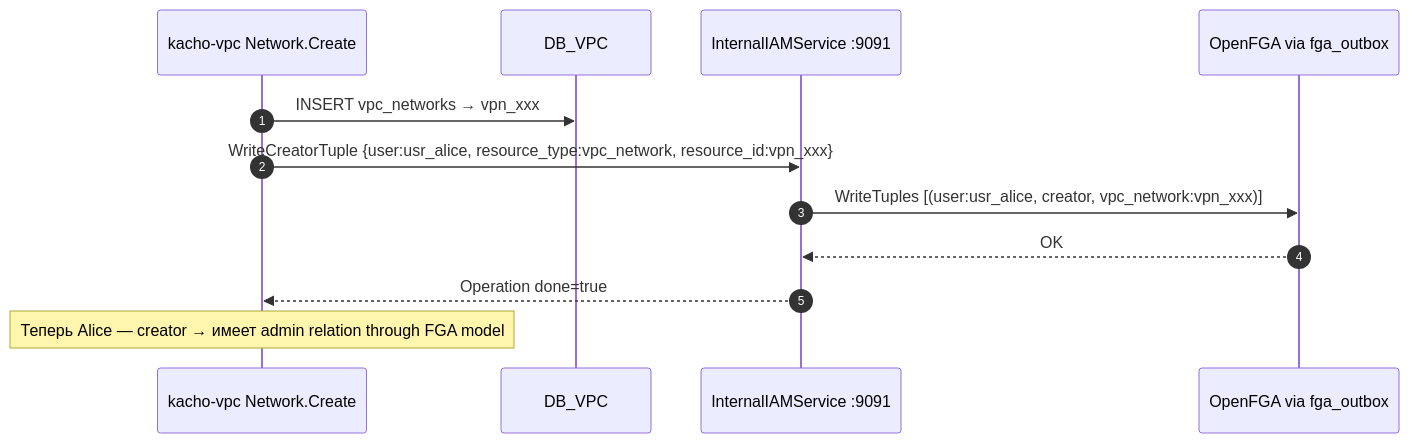
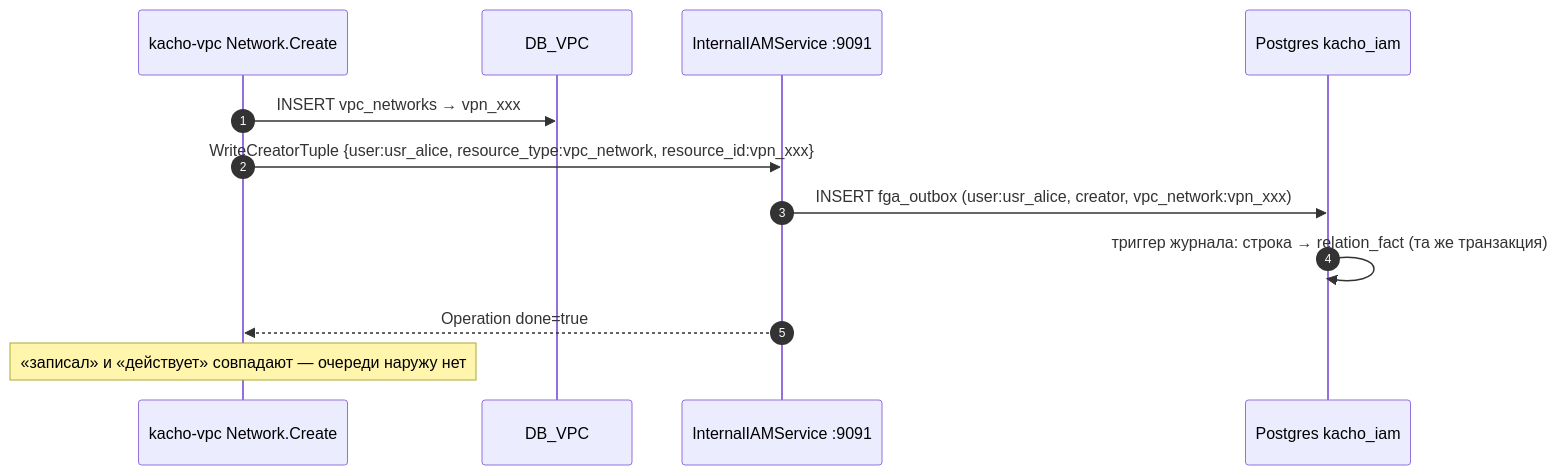
Before and after one commit to PRO-Robotech/kacho: the third of 3 diagrams in services/iam/docs/engineering/components/21-internal-iam.md, drawn with Mermaid. The commit also changed other lines of this file and 589 other files, not shown here.

````diff
--- a/services/iam/docs/engineering/components/21-internal-iam.md
+++ b/services/iam/docs/engineering/components/21-internal-iam.md
@@ -99,15 +99,15 @@
 ```mermaid
 sequenceDiagram
     autonumber
     participant VPC as kacho-vpc Network.Create
     participant DB_VPC
     participant IAM as InternalIAMService :9091
-    participant FGA as OpenFGA via fga_outbox
+    participant DB as Postgres kacho_iam
 
     VPC->>DB_VPC: INSERT vpc_networks → vpn_xxx
     VPC->>IAM: WriteCreatorTuple {user:usr_alice, resource_type:vpc_network, resource_id:vpn_xxx}
-    IAM->>FGA: WriteTuples [(user:usr_alice, creator, vpc_network:vpn_xxx)]
-    FGA-->>IAM: OK
+    IAM->>DB: INSERT fga_outbox (user:usr_alice, creator, vpc_network:vpn_xxx)
+    DB->>DB: триггер журнала: строка → relation_fact (та же транзакция)
     IAM-->>VPC: Operation done=true
-    Note over VPC: Теперь Alice — creator → имеет admin relation through FGA model
+    Note over VPC: «записал» и «действует» совпадают — очереди наружу нет
 ```
````
